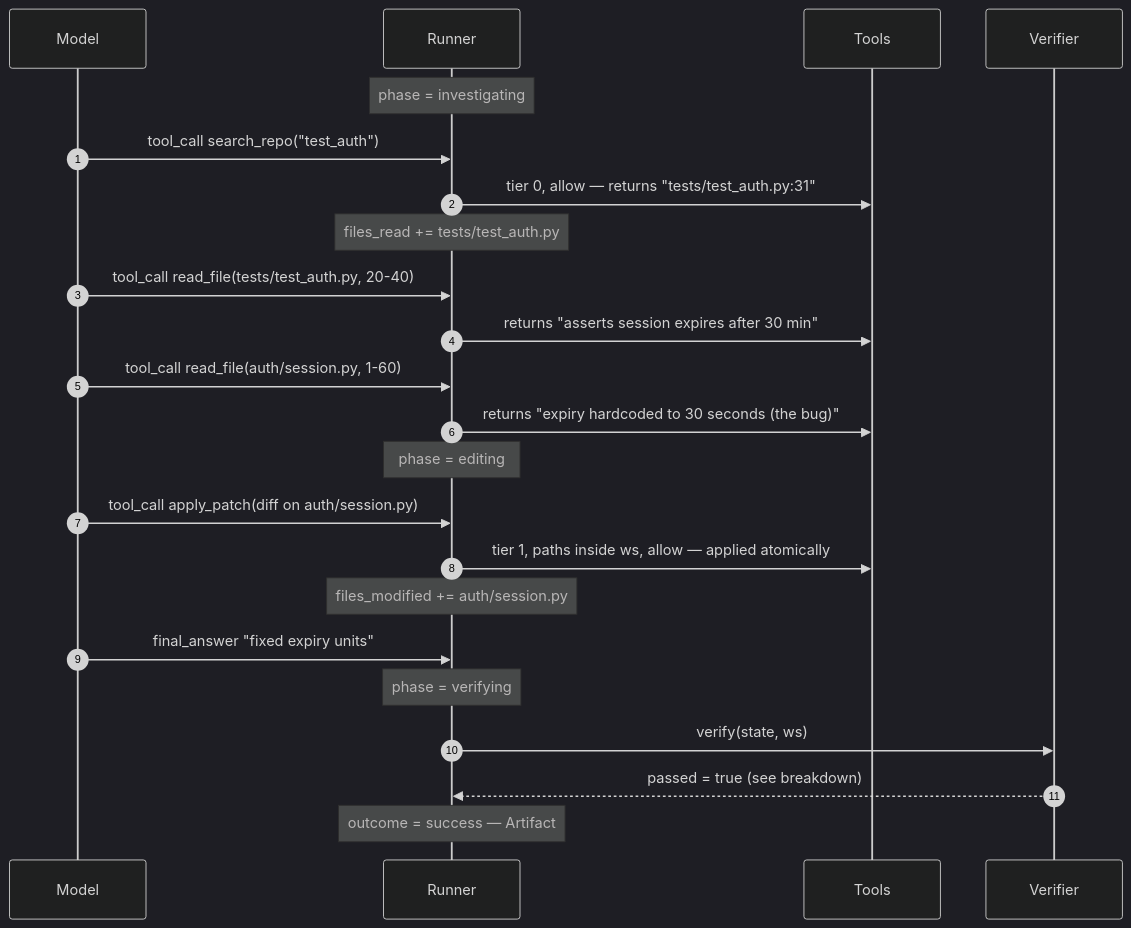
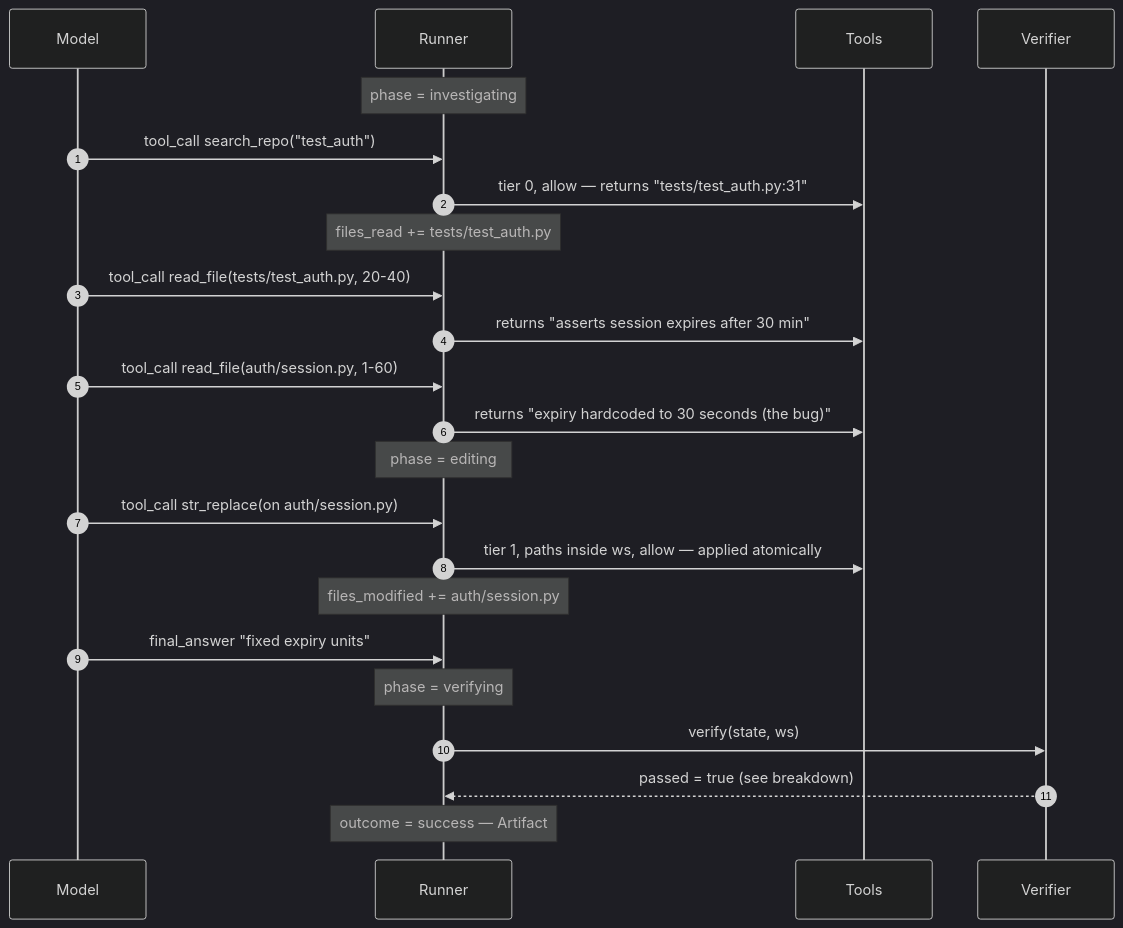
The eighth of 8 diagrams in ARCHITECTURE.md (codexceed/avatar-harness), drawn with Mermaid (dark theme) before and after one commit. The commit also changed other lines of this file and 34 other files, not shown here.

First line of the commit message:
refactor(tools)!: remove apply_patch; str_replace is the editor (ADR-0015 phase 2) (#58)

````diff
--- a/ARCHITECTURE.md
+++ b/ARCHITECTURE.md
@@ -296,25 +296,25 @@
 ```mermaid
 sequenceDiagram
     autonumber
     participant M as Model
     participant R as Runner
     participant T as Tools
     participant V as Verifier
     Note over R: phase = investigating
     M->>R: tool_call search_repo("test_auth")
     R->>T: tier 0, allow — returns "tests/test_auth.py:31"
     Note over R: files_read += tests/test_auth.py
     M->>R: tool_call read_file(tests/test_auth.py, 20-40)
     R->>T: returns "asserts session expires after 30 min"
     M->>R: tool_call read_file(auth/session.py, 1-60)
     R->>T: returns "expiry hardcoded to 30 seconds (the bug)"
     Note over R: phase = editing
-    M->>R: tool_call apply_patch(diff on auth/session.py)
+    M->>R: tool_call str_replace(on auth/session.py)
     R->>T: tier 1, paths inside ws, allow — applied atomically
     Note over R: files_modified += auth/session.py
     M->>R: final_answer "fixed expiry units"
     Note over R: phase = verifying
     R->>V: verify(state, ws)
     V-->>R: passed = true (see breakdown)
     Note over R: outcome = success — Artifact
 ```
````
